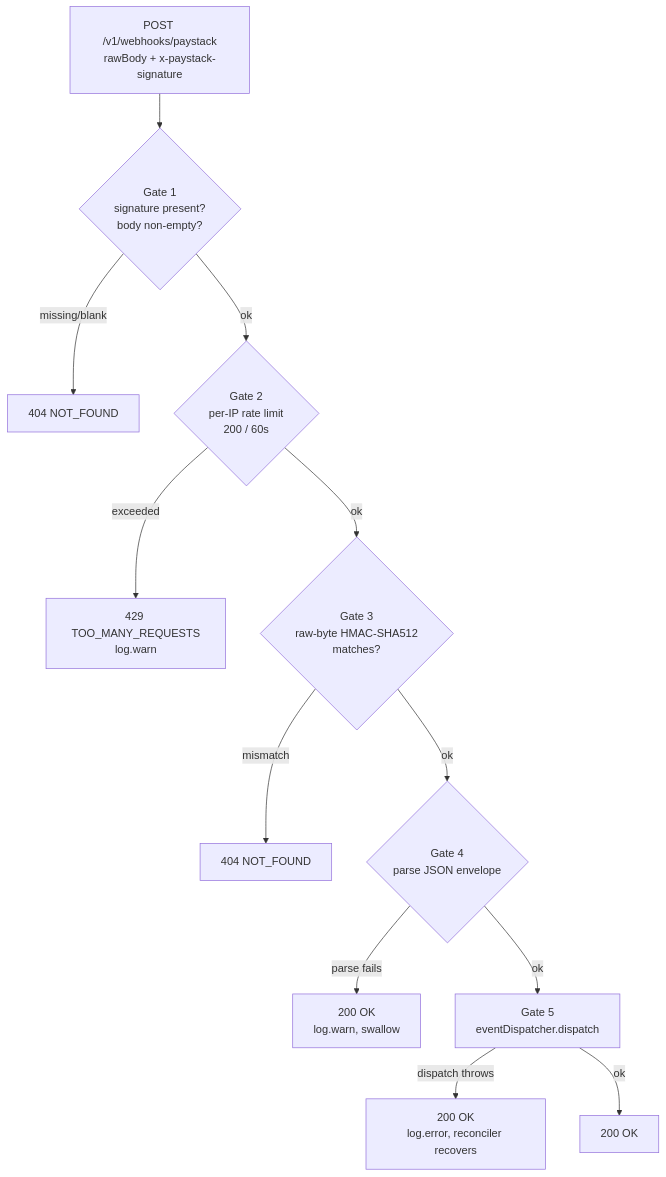
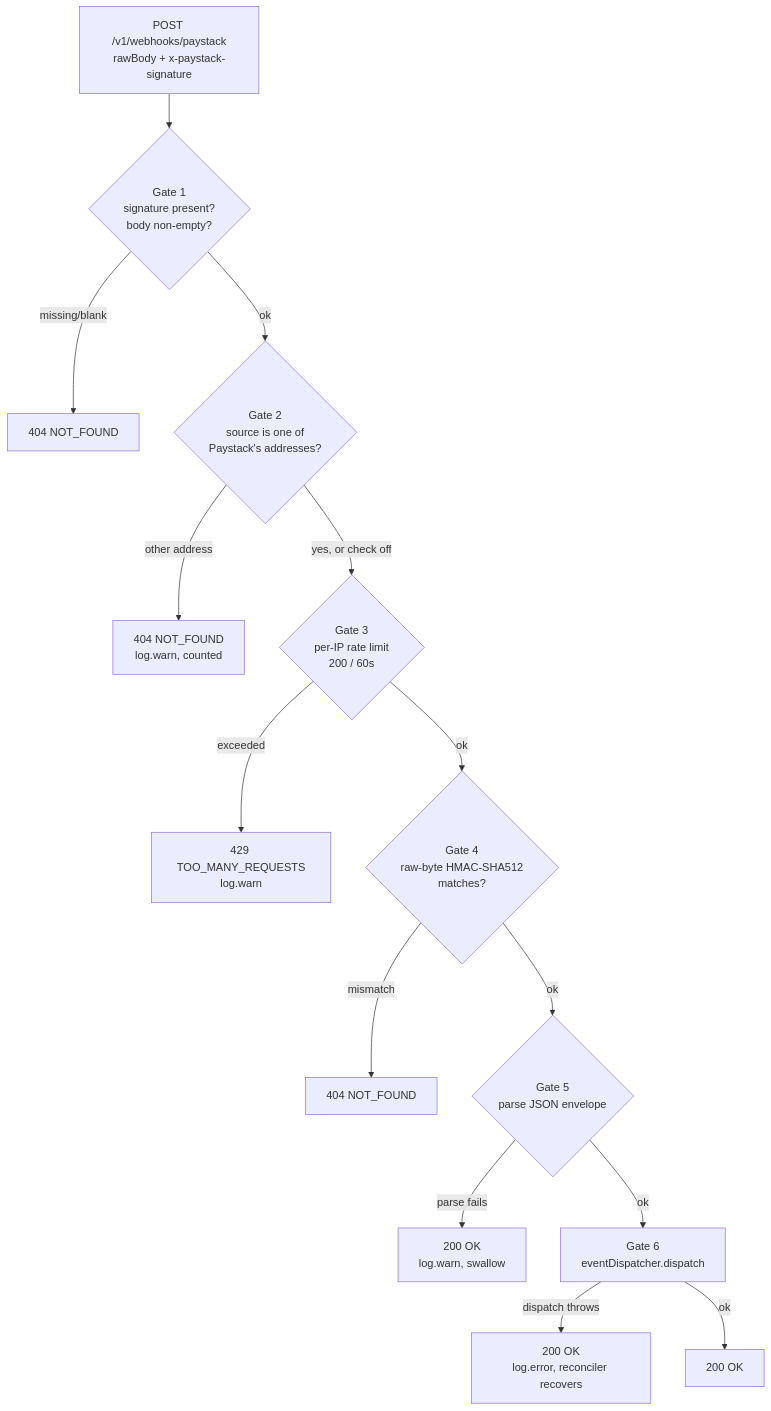
The fifth of 6 diagrams in docs/payments/gateway-and-webhooks.md (cropdoor/cropdoor-almanac), drawn with Mermaid before and after one commit. The commit also changed other lines of this file and 1 other file, not shown here.

Commit message:
docs(payments): a sixth webhook gate — Paystack's source addresses only (backend #295)

````diff
--- a/docs/payments/gateway-and-webhooks.md
+++ b/docs/payments/gateway-and-webhooks.md
@@ -392,14 +392,16 @@
 ```mermaid
 flowchart TD
     in[POST /v1/webhooks/paystack<br/>rawBody + x-paystack-signature] --> g1{Gate 1<br/>signature present?<br/>body non-empty?}
     g1 -- "missing/blank" --> r404a[404 NOT_FOUND]
-    g1 -- ok --> g2{Gate 2<br/>per-IP rate limit<br/>200 / 60s}
-    g2 -- "exceeded" --> r429[429 TOO_MANY_REQUESTS<br/>log.warn]
-    g2 -- ok --> g3{Gate 3<br/>raw-byte HMAC-SHA512<br/>matches?}
-    g3 -- "mismatch" --> r404b[404 NOT_FOUND]
-    g3 -- ok --> g4{Gate 4<br/>parse JSON envelope}
-    g4 -- "parse fails" --> r200a[200 OK<br/>log.warn, swallow]
-    g4 -- ok --> g5[Gate 5<br/>eventDispatcher.dispatch]
-    g5 -- "dispatch throws" --> r200b[200 OK<br/>log.error, reconciler recovers]
-    g5 -- ok --> r200c[200 OK]
+    g1 -- ok --> g2{Gate 2<br/>source is one of<br/>Paystack's addresses?}
+    g2 -- "other address" --> r404c[404 NOT_FOUND<br/>log.warn, counted]
+    g2 -- "yes, or check off" --> g3{Gate 3<br/>per-IP rate limit<br/>200 / 60s}
+    g3 -- "exceeded" --> r429[429 TOO_MANY_REQUESTS<br/>log.warn]
+    g3 -- ok --> g4{Gate 4<br/>raw-byte HMAC-SHA512<br/>matches?}
+    g4 -- "mismatch" --> r404b[404 NOT_FOUND]
+    g4 -- ok --> g5{Gate 5<br/>parse JSON envelope}
+    g5 -- "parse fails" --> r200a[200 OK<br/>log.warn, swallow]
+    g5 -- ok --> g6[Gate 6<br/>eventDispatcher.dispatch]
+    g6 -- "dispatch throws" --> r200b[200 OK<br/>log.error, reconciler recovers]
+    g6 -- ok --> r200c[200 OK]
 ```
````
